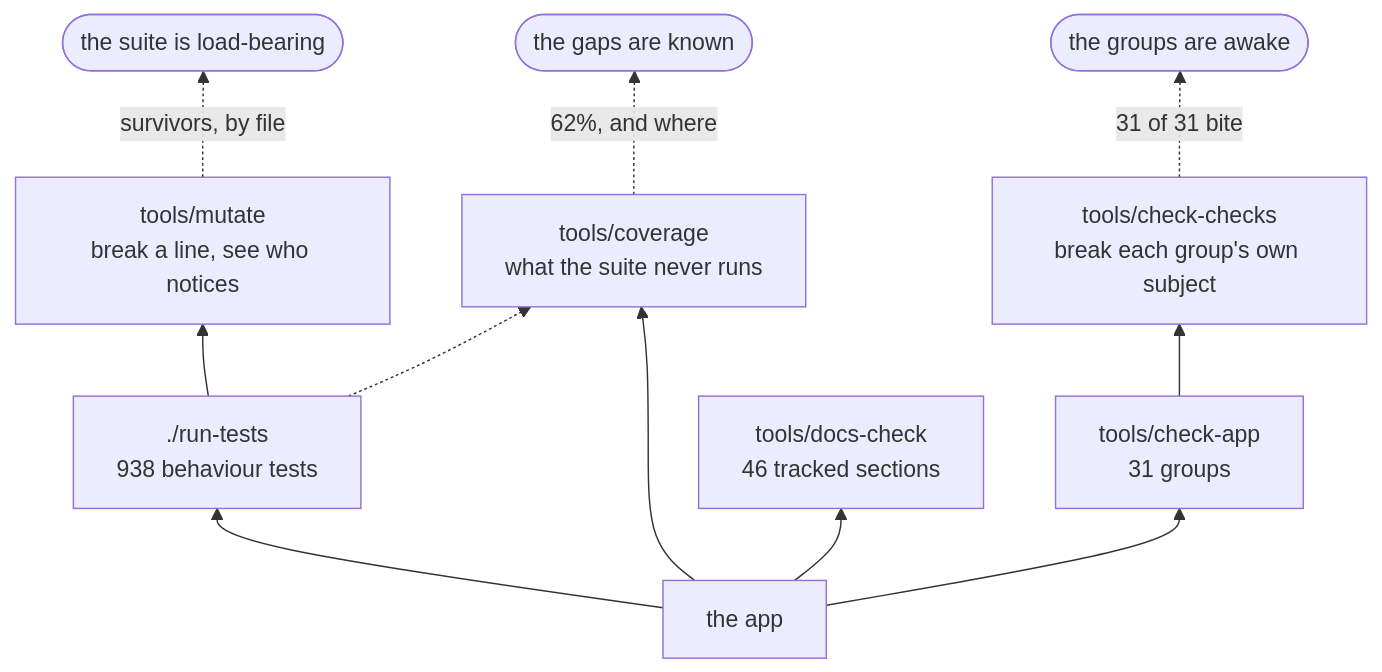
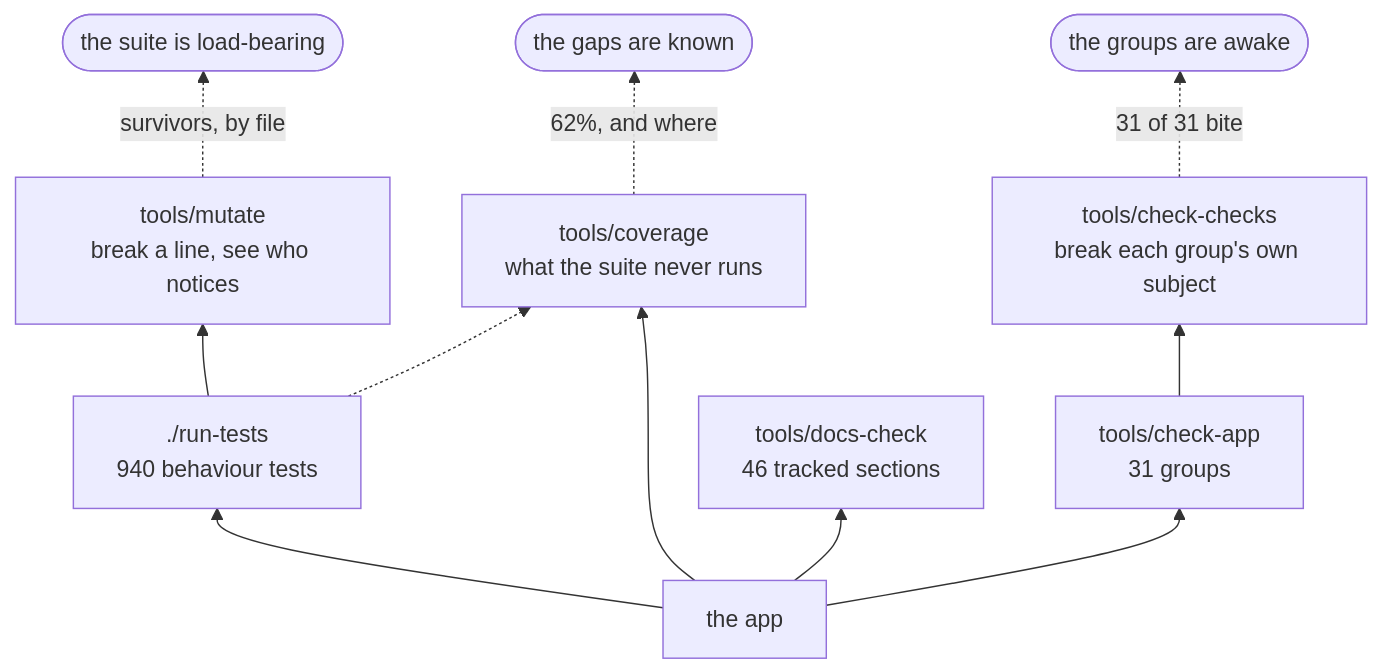
The second of 3 diagrams in docs/DEVELOPING.md (minormending/crystal-pilot-mobile), drawn with Mermaid before and after one commit. The commit also changed other lines of this file and 9 other files, not shown here.

````diff
--- a/docs/DEVELOPING.md
+++ b/docs/DEVELOPING.md
@@ -128,13 +128,13 @@
 ```mermaid
 flowchart BT
-    C["the app"] --> T["./run-tests<br/>938 behaviour tests"]
+    C["the app"] --> T["./run-tests<br/>940 behaviour tests"]
     C --> A["tools/check-app<br/>31 groups"]
     C --> D["tools/docs-check<br/>46 tracked sections"]
     C --> V["tools/coverage<br/>what the suite never runs"]
     T --> M["tools/mutate<br/>break a line, see who notices"]
     A --> K["tools/check-checks<br/>break each group's own subject"]
     T -.-> V
     M -.->|"survivors, by file"| R(["the suite is load-bearing"])
     K -.->|"31 of 31 bite"| R2(["the groups are awake"])
     V -.->|"62%, and where"| R3(["the gaps are known"])
 ```
````
